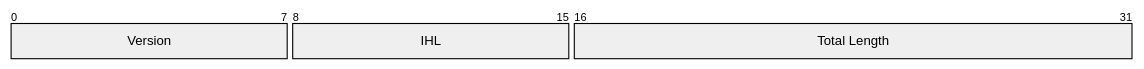
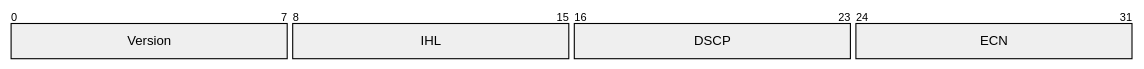
One commit to sebastianhuus/fumadocs-mermaid changed the sixth of 6 diagrams in example/content/docs/mermaid-test.mdx. Above: the diagram before and after it, drawn with Mermaid. The commit also changed other lines of this file, not shown here.

First line of the commit message:
Add source code examples beside diagrams in the example file

````diff
--- a/example/content/docs/mermaid-test.mdx
+++ b/example/content/docs/mermaid-test.mdx
@@ -92,6 +134,7 @@
-```mermaid theme="neutral" rowHeight="60" bitsPerRow="32"
+```mermaid rowHeight="60" bitsPerRow="16"
 packet-beta
 0-7: "Version"
 8-15: "IHL"
-16-31: "Total Length"
+16-23: "DSCP"
+24-31: "ECN"
 ```
````
